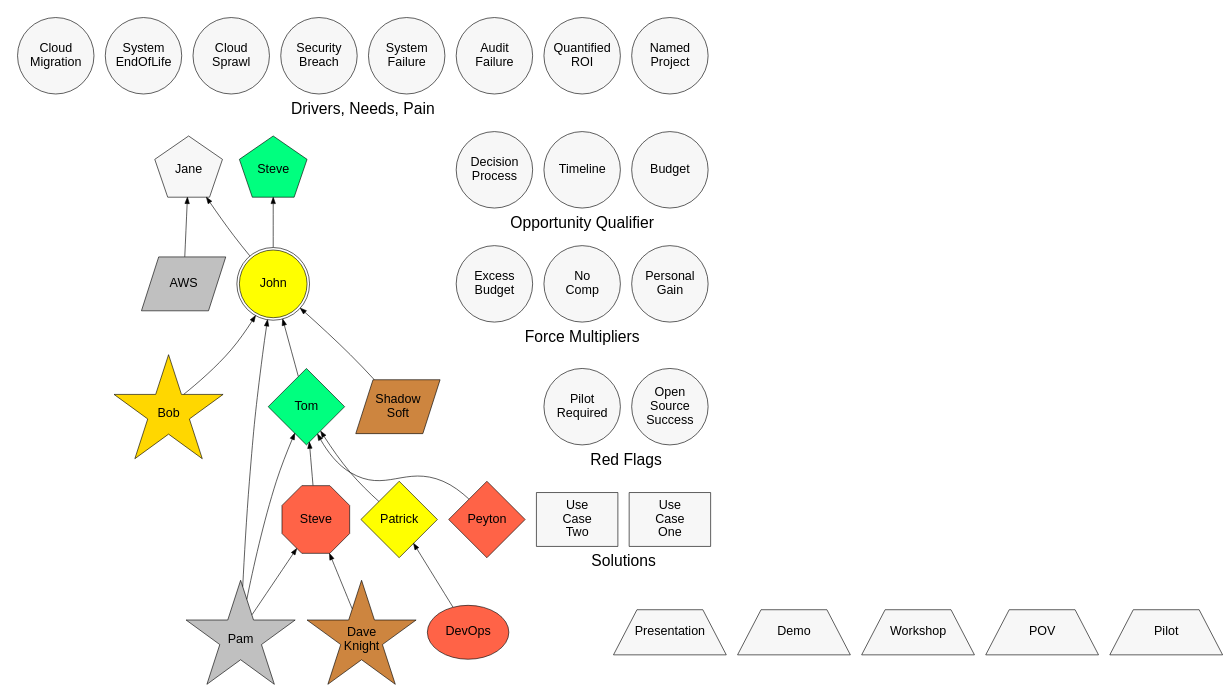
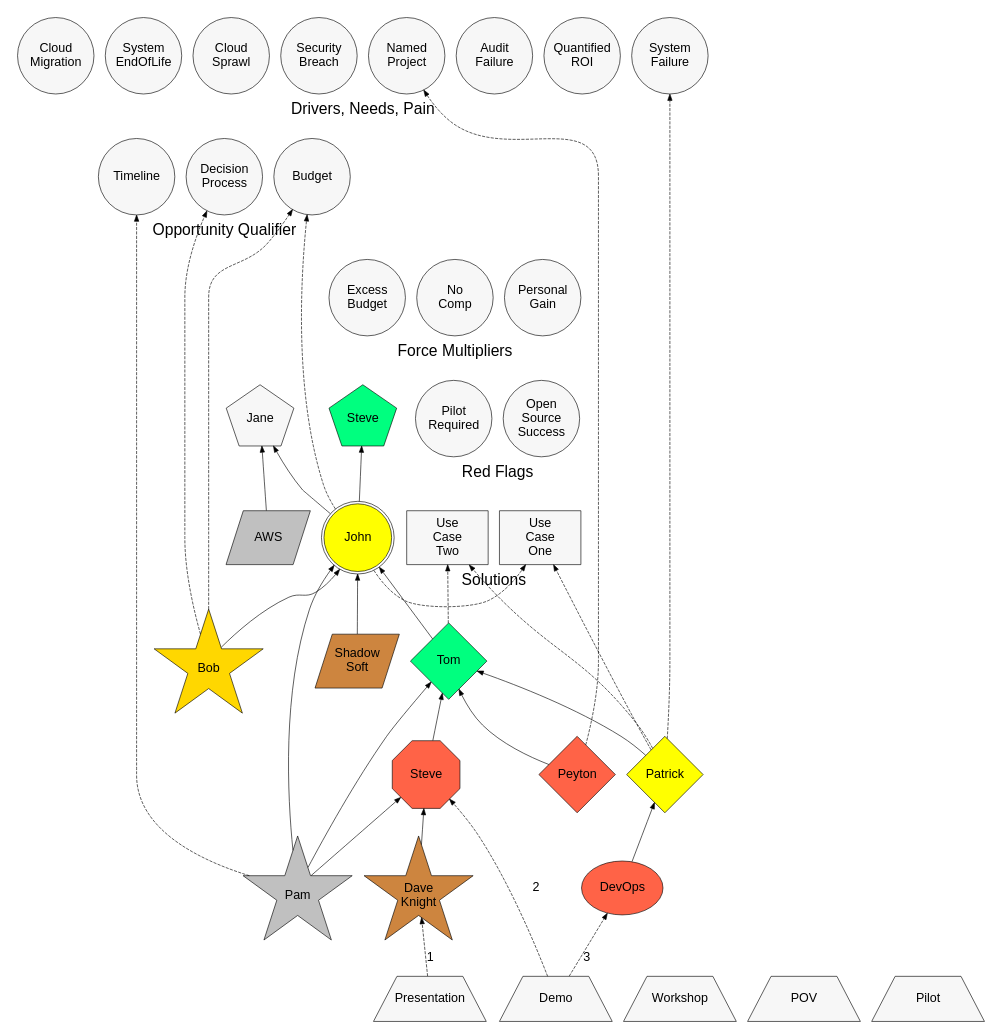
The diagram in example.dot (joshuaNjordan85/SouthStrategicOps), drawn with Graphviz before and after one commit.

Commit message:
Added in relationships to create full example

```diff
--- a/example.dot
+++ b/example.dot
@@ -305,8 +305,6 @@
 //
 edge [style=dashed]
 
-/*
-
 PatMahomes -> SystemFailure
 PeytonManning -> NamedProject
 BobSmith -> DecisionProcess
@@ -320,7 +318,6 @@
 TomBrady -> UseCase2
 PamSmith -> Timeline
 
-*/
 
 
 //
@@ -328,10 +325,8 @@
 //
 edge [style=dashed]
 
-/*
 Presentation -> DaveKnight [label="1"] 
 Demo -> SteveSuiter [label="2"]
 Demo -> DevOps [label="3"]
-*/
 
 }
```
